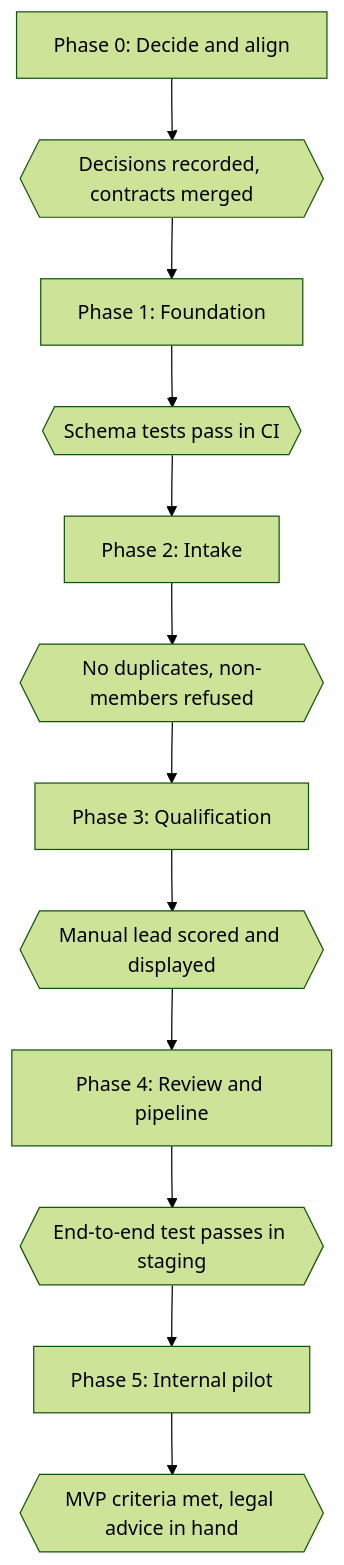
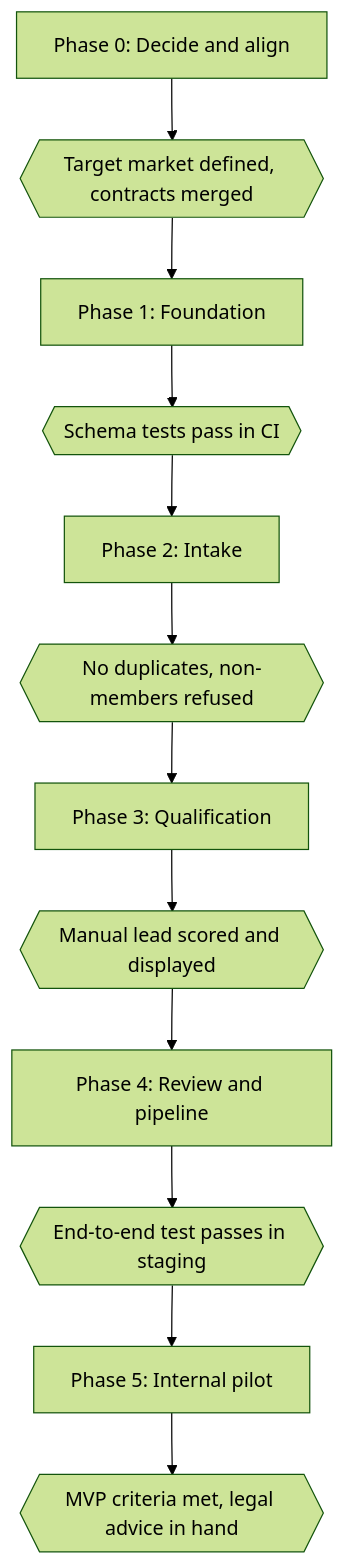
Before and after one commit to DonnovanRinomhota/LeadHunter-AI: the diagram in docs/09-team-ownership-and-delivery-plan.md, drawn with Mermaid (forest theme). The commit also changed other lines of this file, not shown here.

Commit message:
Update plan with target market and team locations

````diff
--- a/docs/09-team-ownership-and-delivery-plan.md
+++ b/docs/09-team-ownership-and-delivery-plan.md
@@ -76,14 +99,14 @@
 ```mermaid
 flowchart TD
-    P0["Phase 0: Decide and align"] --> G0{{"Decisions recorded, contracts merged"}}
+    P0["Phase 0: Decide and align"] --> G0{{"Target market defined, contracts merged"}}
     G0 --> P1["Phase 1: Foundation"]
     P1 --> G1{{"Schema tests pass in CI"}}
     G1 --> P2["Phase 2: Intake"]
     P2 --> G2{{"No duplicates, non-members refused"}}
     G2 --> P3["Phase 3: Qualification"]
     P3 --> G3{{"Manual lead scored and displayed"}}
     G3 --> P4["Phase 4: Review and pipeline"]
     P4 --> G4{{"End-to-end test passes in staging"}}
     G4 --> P5["Phase 5: Internal pilot"]
     P5 --> G5{{"MVP criteria met, legal advice in hand"}}
 ```
````
